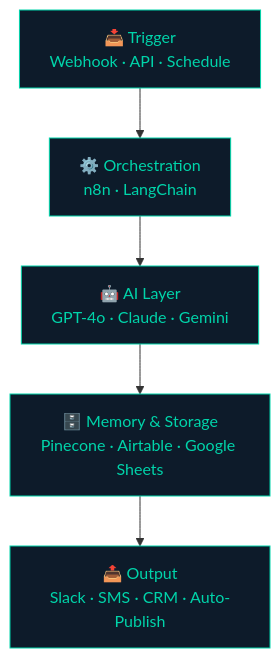
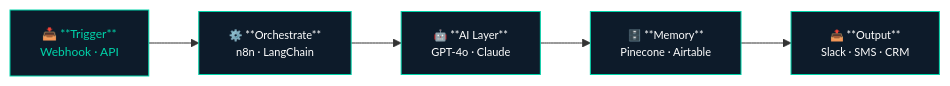
One commit to Ahmad-Ali-121/Ahmad-Ali-121 changed the second of 2 diagrams in README.md. Above: the diagram before and after it, drawn with Mermaid. The commit also changed other lines of this file, not shown here.

Commit message:
Enhance flowcharts in README with bold text

````diff
--- a/README.md
+++ b/README.md
@@ -101,13 +95,13 @@
 ```mermaid
-flowchart TD
-    A[📥 Trigger\nWebhook · API · Schedule] --> B[⚙️ Orchestration\nn8n · LangChain]
-    B --> C[🤖 AI Layer\nGPT-4o · Claude · Gemini]
-    C --> D[🗄️ Memory & Storage\nPinecone · Airtable · Google Sheets]
-    D --> E[📤 Output\nSlack · SMS · CRM · Auto-Publish]
+flowchart LR
+    A[📥 **Trigger**<br/>Webhook · API] --> B[⚙️ **Orchestrate**<br/>n8n · LangChain]
+    B --> C[🤖 **AI Layer**<br/>GPT-4o · Claude]
+    C --> D[🗄️ **Memory**<br/>Pinecone · Airtable]
+    D --> E[📤 **Output**<br/>Slack · SMS · CRM]
 
-    style A fill:#0D1B2A,color:#00D4AA,stroke:#00D4AA
-    style B fill:#0D1B2A,color:#00D4AA,stroke:#00D4AA
-    style C fill:#0D1B2A,color:#00D4AA,stroke:#00D4AA
-    style D fill:#0D1B2A,color:#00D4AA,stroke:#00D4AA
-    style E fill:#0D1B2A,color:#00D4AA,stroke:#00D4AA
+    style A fill:#0D1B2A,color:#00D4AA,stroke:#00D4AA,font-size:12px
+    style B fill:#0D1B2A,color:#ffffff,stroke:#00D4AA,font-size:11px
+    style C fill:#0D1B2A,color:#ffffff,stroke:#00D4AA,font-size:11px
+    style D fill:#0D1B2A,color:#ffffff,stroke:#00D4AA,font-size:11px
+    style E fill:#0D1B2A,color:#ffffff,stroke:#00D4AA,font-size:11px
 ```
````
